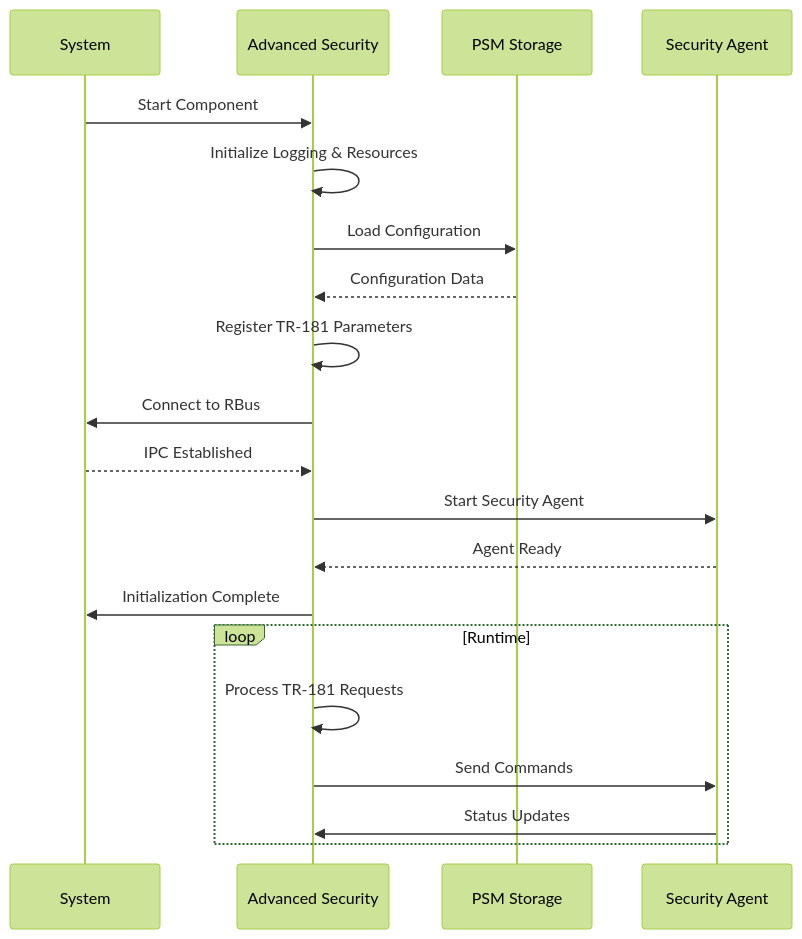
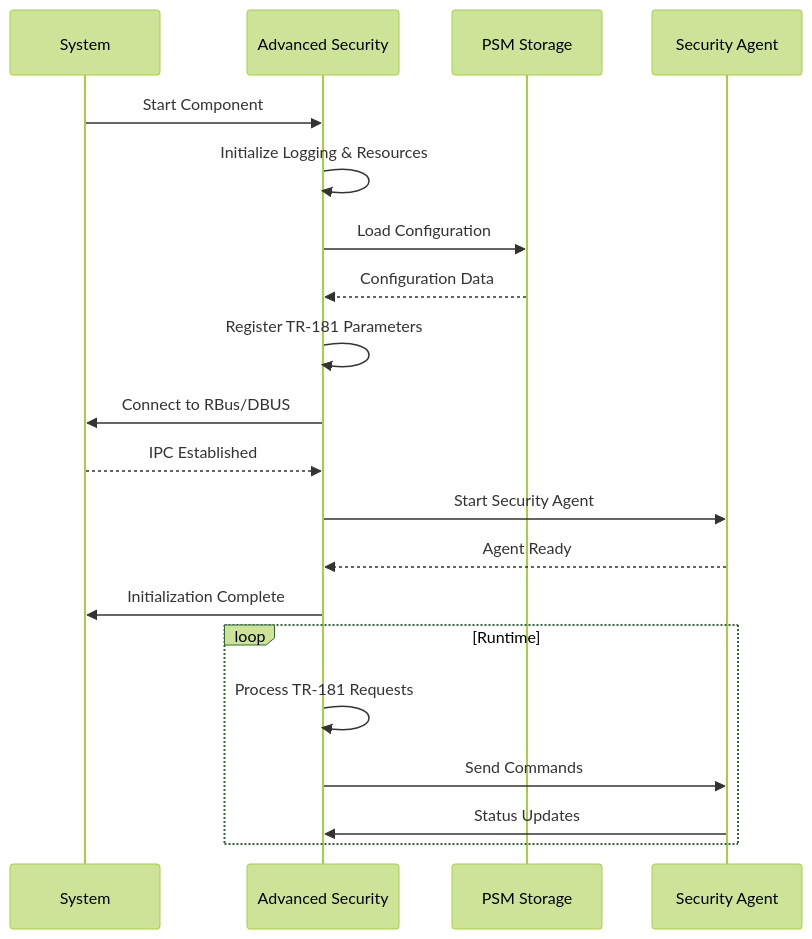
The third of 7 diagrams in docs/docu/nov05/ccspadvancedsecurity-jan19.md (rns21/RDK_Documentation), drawn with Mermaid (forest theme) before and after one commit. The commit also changed other lines of this file, not shown here.

````diff
--- a/docs/docu/nov05/ccspadvancedsecurity-jan19.md
+++ b/docs/docu/nov05/ccspadvancedsecurity-jan19.md
@@ -184,24 +184,24 @@
 ```mermaid
 sequenceDiagram
     participant System
     participant AdvSec as Advanced Security
     participant PSM as PSM Storage
     participant Agent as Security Agent
 
     System->>AdvSec: Start Component
     AdvSec->>AdvSec: Initialize Logging & Resources
     AdvSec->>PSM: Load Configuration
     PSM-->>AdvSec: Configuration Data
     AdvSec->>AdvSec: Register TR-181 Parameters
-    AdvSec->>System: Connect to RBus
+    AdvSec->>System: Connect to RBus/DBUS
     System-->>AdvSec: IPC Established
     AdvSec->>Agent: Start Security Agent
     Agent-->>AdvSec: Agent Ready
     AdvSec->>System: Initialization Complete
     
     loop Runtime
         AdvSec->>AdvSec: Process TR-181 Requests
         AdvSec->>Agent: Send Commands
         Agent->>AdvSec: Status Updates
     end
 ```
````
